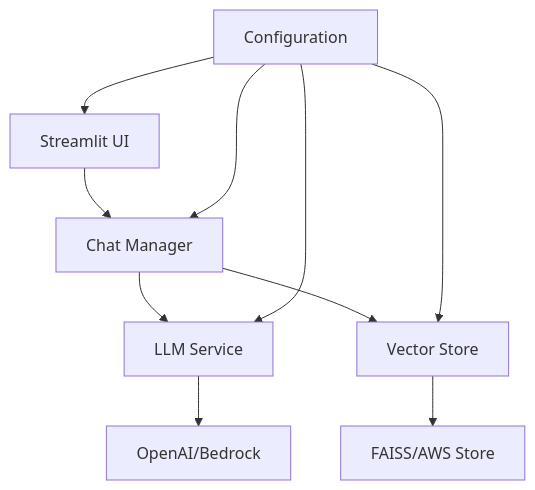
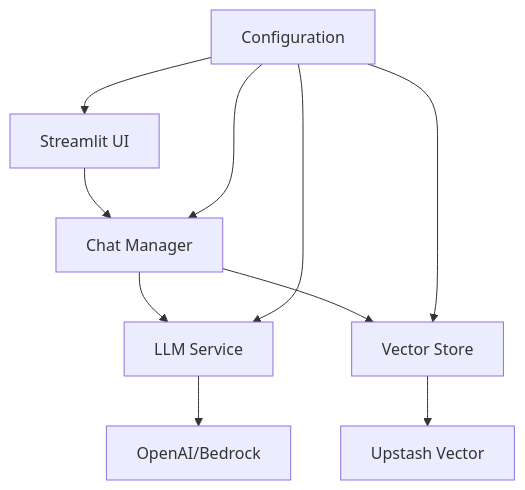
One commit to laialex501/lorechat-container changed the second of 6 diagrams in memory-bank/systemPatterns.md. Above: the diagram before and after it, drawn with Mermaid. The commit also changed other lines of this file and 26 other files, not shown here.

Commit message:
Use factory refactory and add upstash vector store

````diff
--- a/memory-bank/systemPatterns.md
+++ b/memory-bank/systemPatterns.md
@@ -6,14 +16,14 @@
 ```mermaid
 graph TD
     A[Streamlit UI] --> B[Chat Manager]
     B --> C[LLM Service]
     B --> D[Vector Store]
     
     C --> E[OpenAI/Bedrock]
-    D --> F[FAISS/AWS Store]
+    D --> F[Upstash Vector]
     
     G[Configuration] --> A
     G --> B
     G --> C
     G --> D
 ```
````
